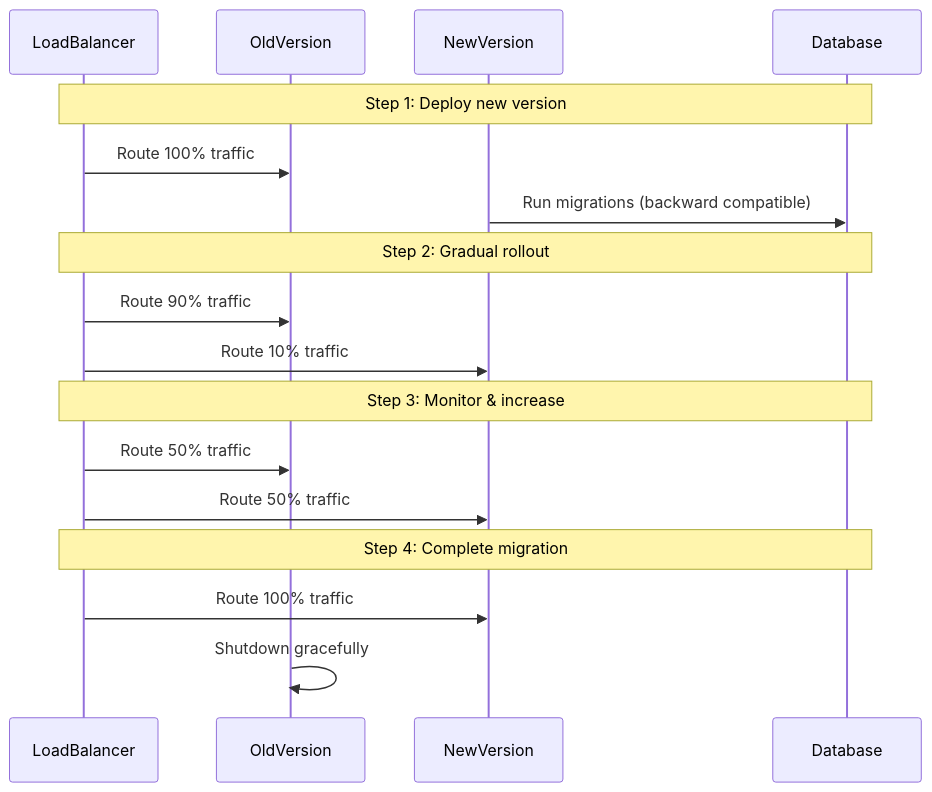
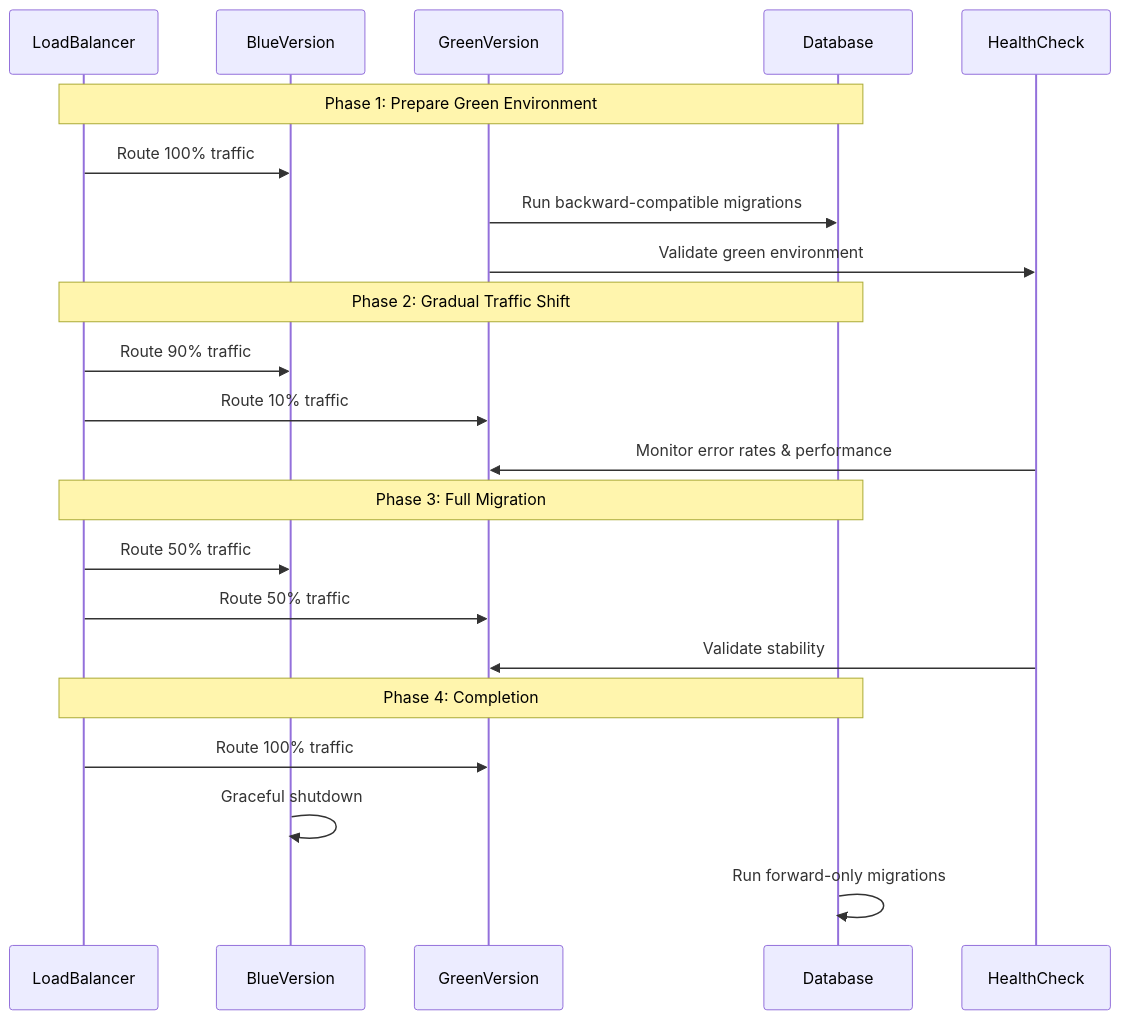
One commit to maximizest/connecto-nest changed the tenth of 10 diagrams in .md/flow.md. Above: the diagram before and after it, drawn with Mermaid. The commit also changed other lines of this file, not shown here.

````diff
--- a/.md/flow.md
+++ b/.md/flow.md
@@ -1083,23 +1100,28 @@
 ```mermaid
 sequenceDiagram
     participant LoadBalancer
-    participant OldVersion
-    participant NewVersion
+    participant BlueVersion
+    participant GreenVersion
     participant Database
+    participant HealthCheck
     
-    Note over LoadBalancer,Database: Step 1: Deploy new version
-    LoadBalancer->>OldVersion: Route 100% traffic
-    NewVersion->>Database: Run migrations (backward compatible)
+    Note over LoadBalancer,Database: Phase 1: Prepare Green Environment
+    LoadBalancer->>BlueVersion: Route 100% traffic
+    GreenVersion->>Database: Run backward-compatible migrations
+    GreenVersion->>HealthCheck: Validate green environment
     
-    Note over LoadBalancer,Database: Step 2: Gradual rollout
-    LoadBalancer->>OldVersion: Route 90% traffic
-    LoadBalancer->>NewVersion: Route 10% traffic
+    Note over LoadBalancer,Database: Phase 2: Gradual Traffic Shift
+    LoadBalancer->>BlueVersion: Route 90% traffic
+    LoadBalancer->>GreenVersion: Route 10% traffic
+    HealthCheck->>GreenVersion: Monitor error rates & performance
     
-    Note over LoadBalancer,Database: Step 3: Monitor & increase
-    LoadBalancer->>OldVersion: Route 50% traffic
-    LoadBalancer->>NewVersion: Route 50% traffic
+    Note over LoadBalancer,Database: Phase 3: Full Migration
+    LoadBalancer->>BlueVersion: Route 50% traffic
+    LoadBalancer->>GreenVersion: Route 50% traffic
+    HealthCheck->>GreenVersion: Validate stability
     
-    Note over LoadBalancer,Database: Step 4: Complete migration
-    LoadBalancer->>NewVersion: Route 100% traffic
-    OldVersion->>OldVersion: Shutdown gracefully
+    Note over LoadBalancer,Database: Phase 4: Completion
+    LoadBalancer->>GreenVersion: Route 100% traffic
+    BlueVersion->>BlueVersion: Graceful shutdown
+    Database->>Database: Run forward-only migrations
 ```
````
